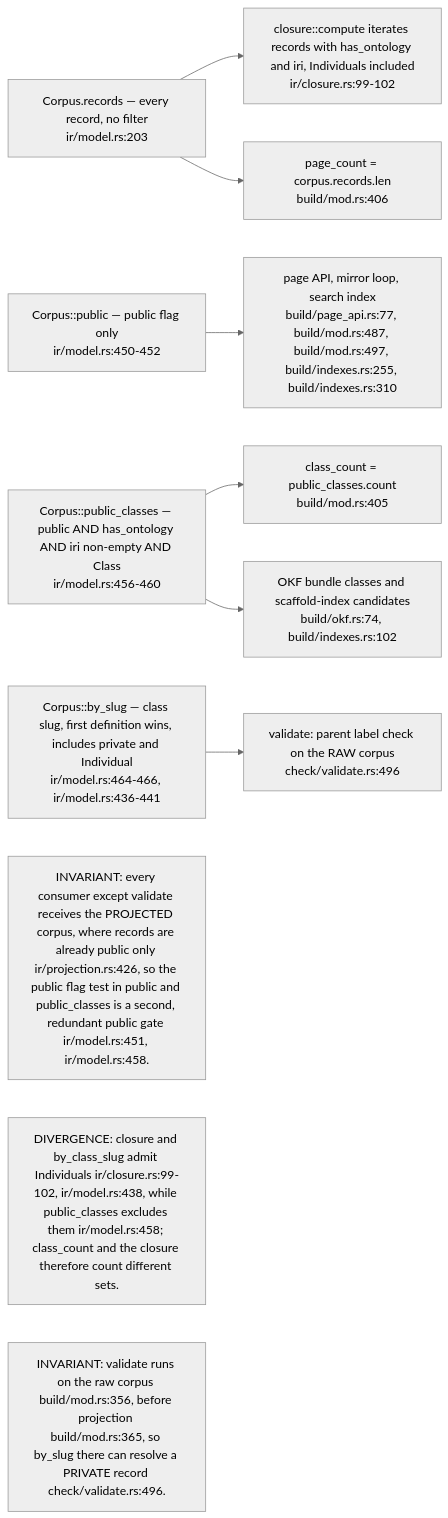
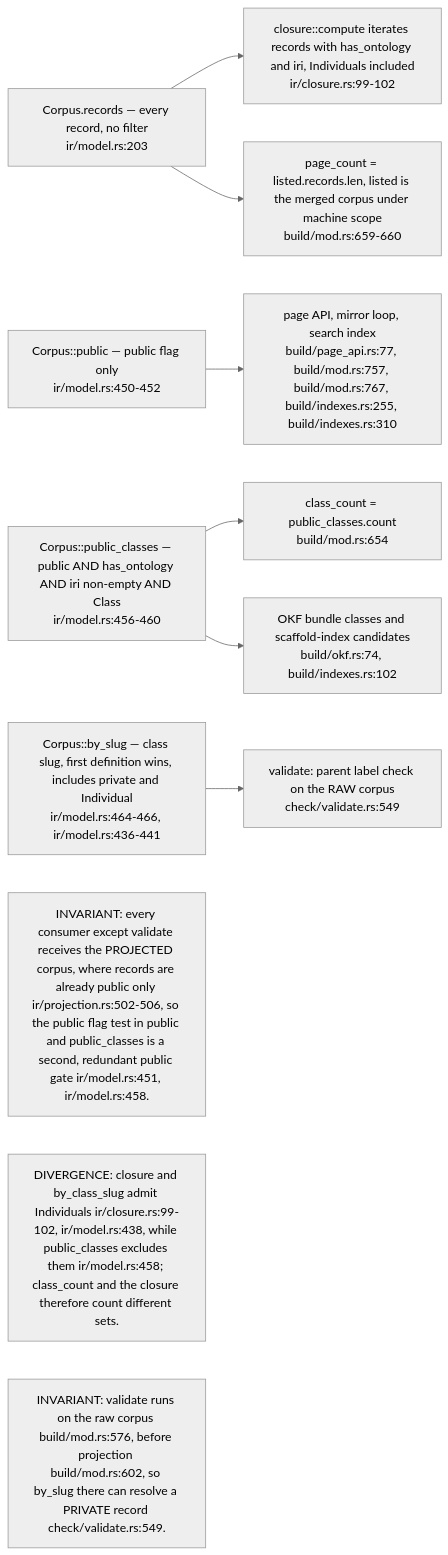
One commit to DreamLab-AI/VisionFlow changed the second of 6 diagrams in docs/diagrams/ontomark/02-ir-corpus-projection-and-redaction.md. Above: the diagram before and after it, drawn with Mermaid (neutral theme). The commit also changed other lines of this file and 10 other files, not shown here.

First line of the commit message:
docs(diagrams): re-stamp the ontomark corpus at ee9e04a; OM-06 machine scope and ingest contract

````diff
--- a/docs/diagrams/ontomark/02-ir-corpus-projection-and-redaction.md
+++ b/docs/diagrams/ontomark/02-ir-corpus-projection-and-redaction.md
@@ -84,22 +84,22 @@
 ```mermaid
 flowchart LR
     REC["Corpus.records — every record, no filter<br/>ir/model.rs:203"]
     PUB["Corpus::public — public flag only<br/>ir/model.rs:450-452"]
     PCL["Corpus::public_classes — public AND has_ontology AND iri non-empty AND Class<br/>ir/model.rs:456-460"]
     BYS["Corpus::by_slug — class slug, first definition wins, includes private and Individual<br/>ir/model.rs:464-466, ir/model.rs:436-441"]
     C1["closure::compute iterates records with has_ontology and iri, Individuals included<br/>ir/closure.rs:99-102"]
-    C2["page_count = corpus.records.len<br/>build/mod.rs:406"]
-    C3["class_count = public_classes.count<br/>build/mod.rs:405"]
+    C2["page_count = listed.records.len, listed is the merged corpus under machine scope<br/>build/mod.rs:659-660"]
+    C3["class_count = public_classes.count<br/>build/mod.rs:654"]
     C4["OKF bundle classes and scaffold-index candidates<br/>build/okf.rs:74, build/indexes.rs:102"]
-    C5["page API, mirror loop, search index<br/>build/page_api.rs:77, build/mod.rs:487, build/mod.rs:497, build/indexes.rs:255, build/indexes.rs:310"]
-    C6["validate: parent label check on the RAW corpus<br/>check/validate.rs:496"]
+    C5["page API, mirror loop, search index<br/>build/page_api.rs:77, build/mod.rs:757, build/mod.rs:767, build/indexes.rs:255, build/indexes.rs:310"]
+    C6["validate: parent label check on the RAW corpus<br/>check/validate.rs:549"]
     REC --> C1
     REC --> C2
     PCL --> C3
     PCL --> C4
     PUB --> C5
     BYS --> C6
-    n1["INVARIANT: every consumer except validate receives the PROJECTED corpus, where records are already public only ir/projection.rs:426, so the public flag test in public and public_classes is a second, redundant public gate ir/model.rs:451, ir/model.rs:458."]
+    n1["INVARIANT: every consumer except validate receives the PROJECTED corpus, where records are already public only ir/projection.rs:502-506, so the public flag test in public and public_classes is a second, redundant public gate ir/model.rs:451, ir/model.rs:458."]
     n2["DIVERGENCE: closure and by_class_slug admit Individuals ir/closure.rs:99-102, ir/model.rs:438, while public_classes excludes them ir/model.rs:458; class_count and the closure therefore count different sets."]
-    n3["INVARIANT: validate runs on the raw corpus build/mod.rs:356, before projection build/mod.rs:365, so by_slug there can resolve a PRIVATE record check/validate.rs:496."]
+    n3["INVARIANT: validate runs on the raw corpus build/mod.rs:576, before projection build/mod.rs:602, so by_slug there can resolve a PRIVATE record check/validate.rs:549."]
 ```
````
